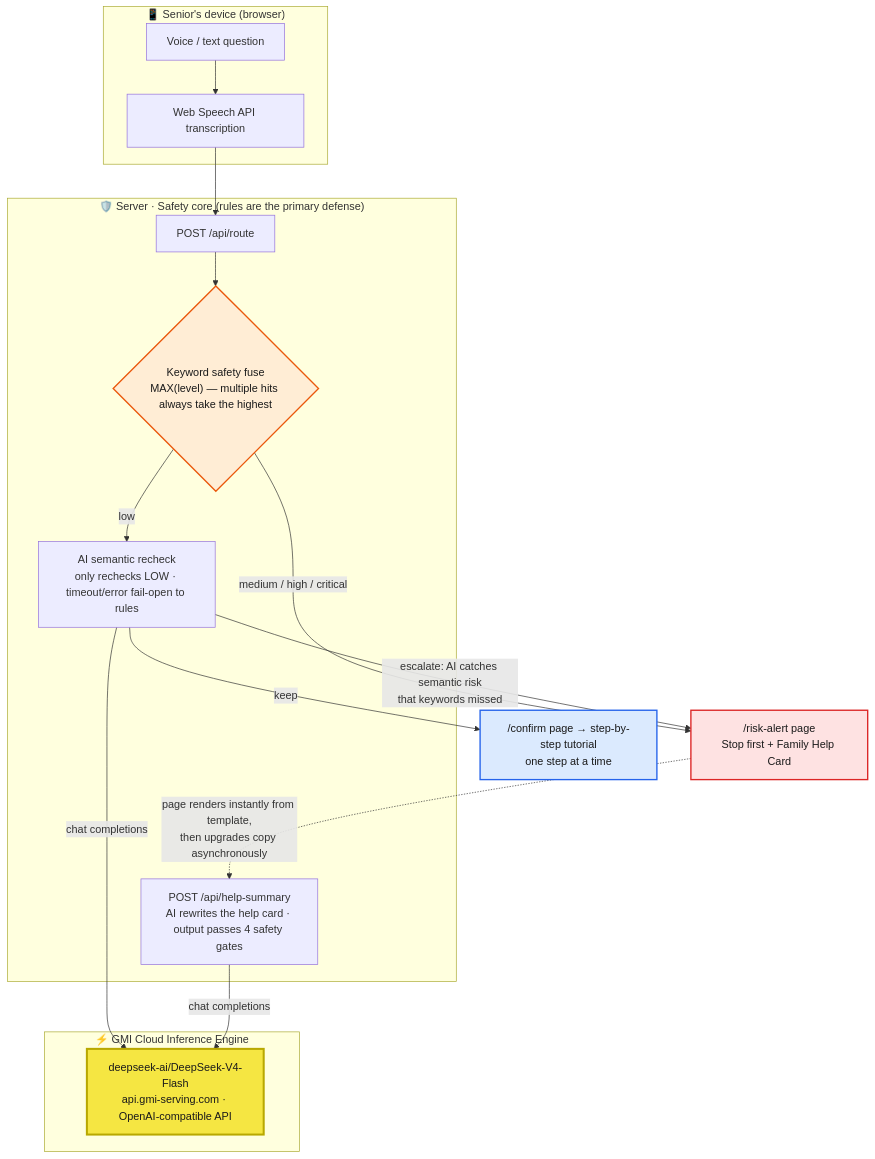
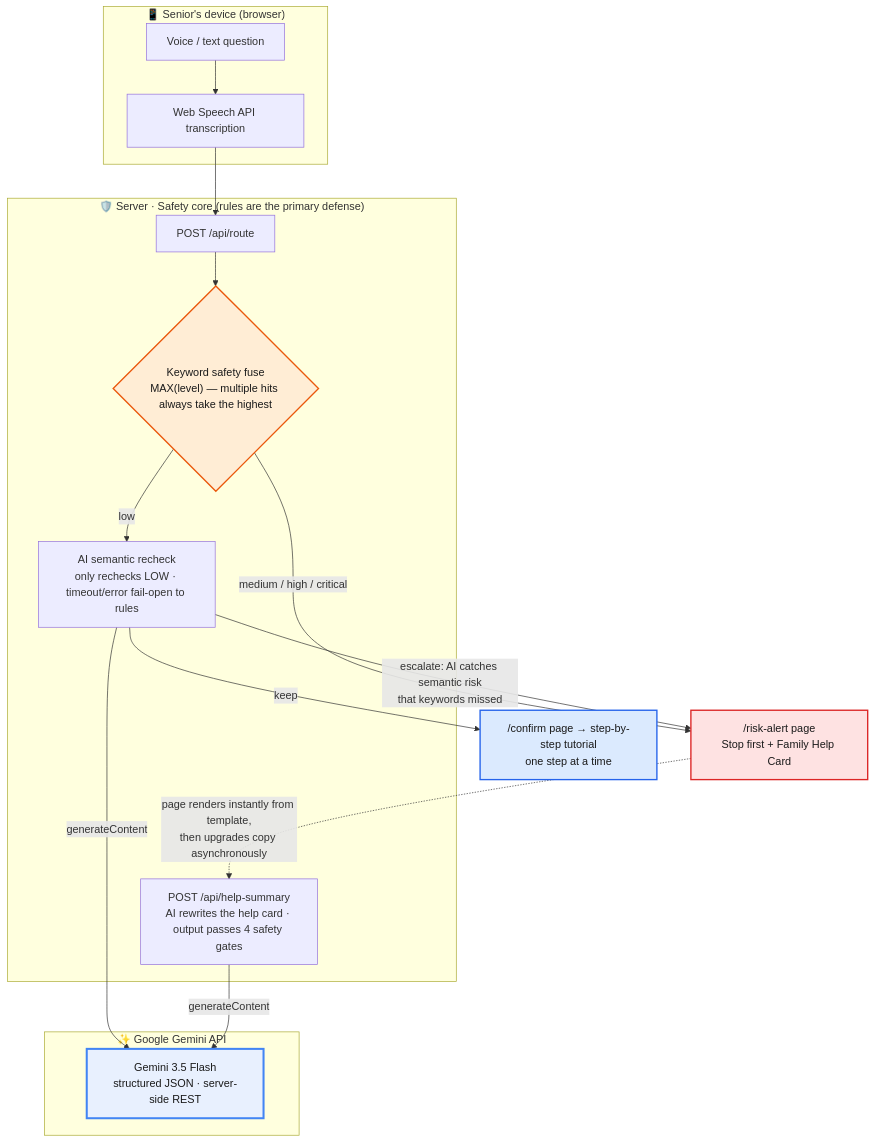
Before and after one commit to qrx-joe/EasyPhone_AI: the diagram in README.en.md, drawn with Mermaid. The commit also changed other lines of this file and 18 other files, not shown here.

Commit message:
feat: migrate safety AI gateway to Google Gemini

````diff
--- a/README.en.md
+++ b/README.en.md
@@ -59,36 +59,36 @@
 ```mermaid
 flowchart TD
     subgraph client["📱 Senior's device (browser)"]
         A["Voice / text question"] --> B["Web Speech API transcription"]
     end
 
     subgraph server["🛡️ Server · Safety core (rules are the primary defense)"]
         C["POST /api/route"]
         D{"Keyword safety fuse<br/>MAX(level) — multiple hits always take the highest"}
         E["AI semantic recheck<br/>only rechecks LOW · timeout/error fail-open to rules"]
         H["POST /api/help-summary<br/>AI rewrites the help card · output passes 4 safety gates"]
     end
 
-    subgraph gmi["⚡ GMI Cloud Inference Engine"]
-        G["deepseek-ai/DeepSeek-V4-Flash<br/>api.gmi-serving.com · OpenAI-compatible API"]
+    subgraph google["✨ Google Gemini API"]
+        G["Gemini 3.5 Flash<br/>structured JSON · server-side REST"]
     end
 
     B --> C
     C --> D
     D -->|"medium / high / critical"| F["/risk-alert page<br/>Stop first + Family Help Card"]
     D -->|"low"| E
-    E -->|"chat completions"| G
+    E -->|"generateContent"| G
     E -->|"keep"| T["/confirm page → step-by-step tutorial<br/>one step at a time"]
     E -->|"escalate: AI catches semantic risk<br/>that keywords missed"| F
     F -.->|"page renders instantly from template,<br/>then upgrades copy asynchronously"| H
-    H -->|"chat completions"| G
+    H -->|"generateContent"| G
 
-    classDef gmiStyle fill:#f5e642,stroke:#b8a800,stroke-width:3px,color:#1a1a1a
+    classDef googleStyle fill:#e8f0fe,stroke:#4285f4,stroke-width:3px,color:#1a1a1a
     classDef dangerStyle fill:#fee2e2,stroke:#dc2626,stroke-width:2px,color:#1a1a1a
     classDef safeStyle fill:#dbeafe,stroke:#2563eb,stroke-width:2px,color:#1a1a1a
     classDef fuseStyle fill:#ffedd5,stroke:#ea580c,stroke-width:2px,color:#1a1a1a
-    class G gmiStyle
+    class G googleStyle
     class F dangerStyle
     class T safeStyle
     class D fuseStyle
 ```
````
